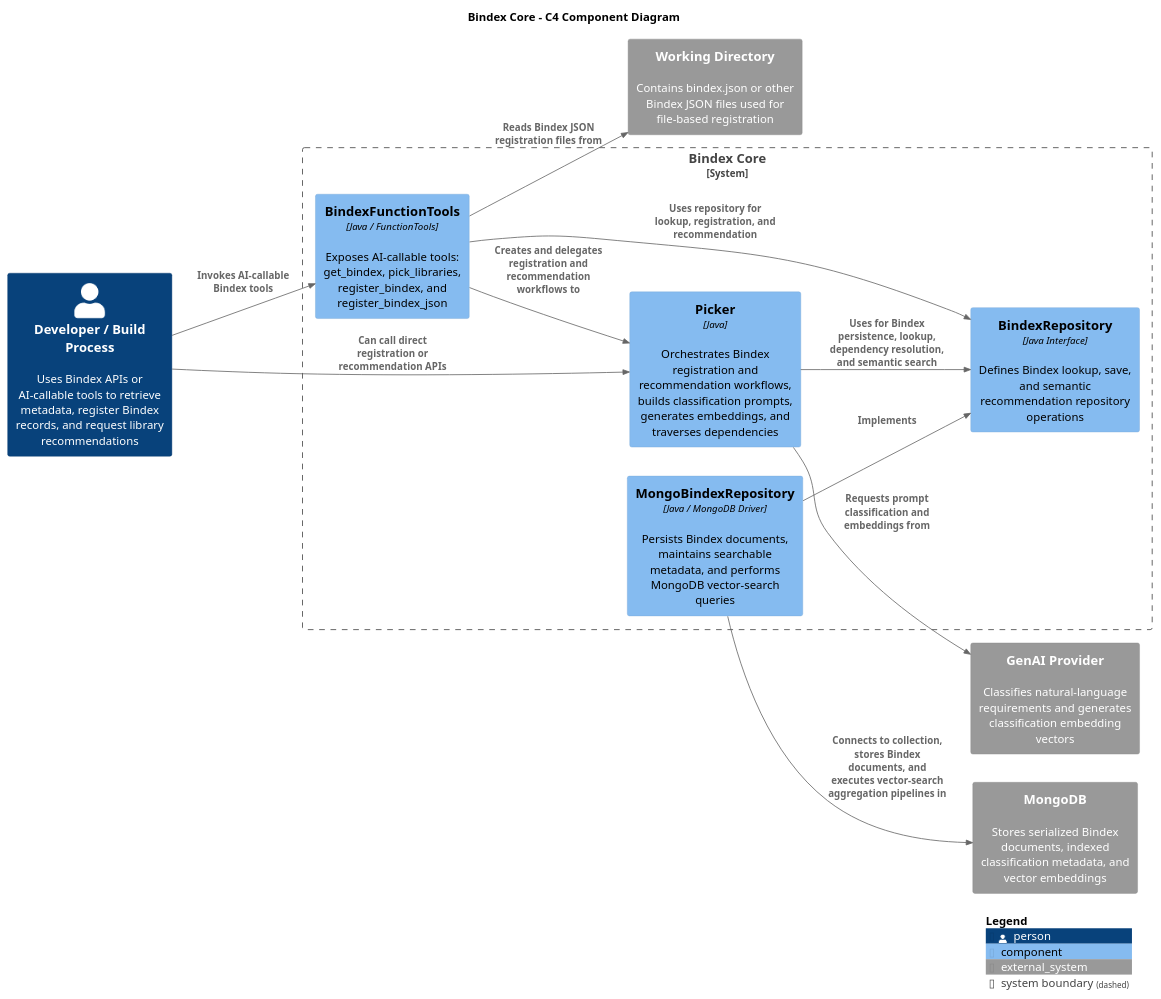
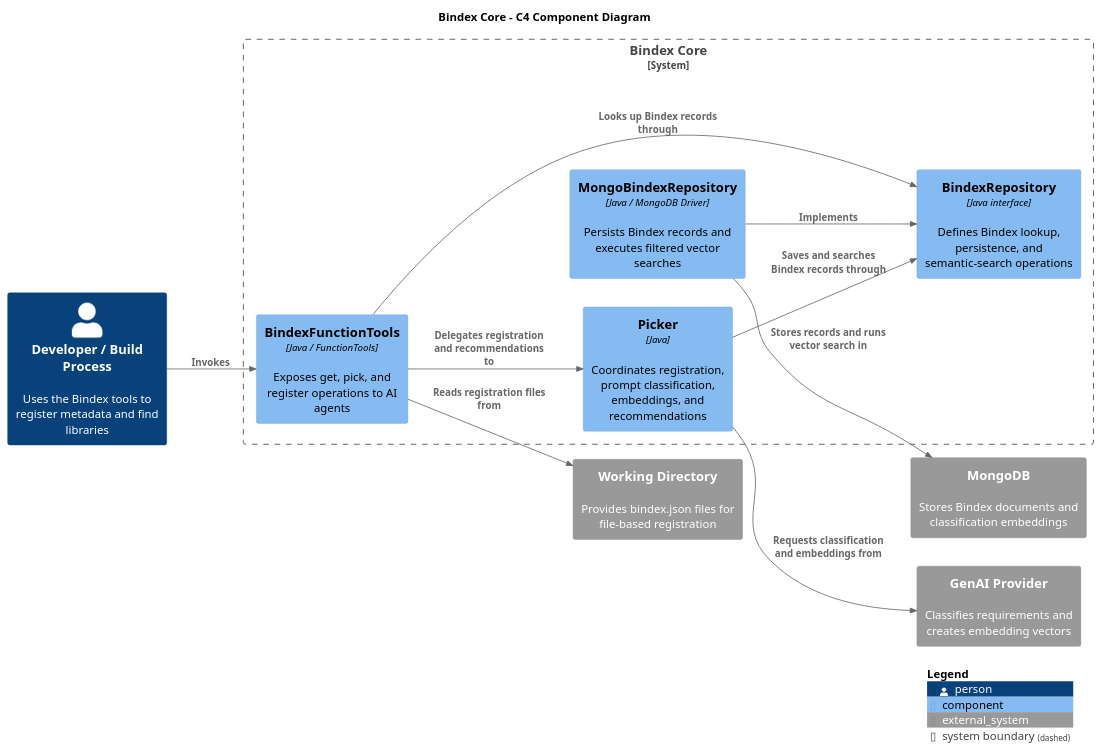
Before and after one commit to machanism-org/machai: the diagram in bindex-core/src/site/puml/c4-diagram.puml, drawn with PlantUML. The commit also changed 79 other files, not shown here.

```diff
--- a/bindex-core/src/site/puml/c4-diagram.puml
+++ b/bindex-core/src/site/puml/c4-diagram.puml
@@ -10,33 +10,30 @@
 @startuml
 !includeurl https://raw.githubusercontent.com/plantuml-stdlib/C4-PlantUML/master/C4_Component.puml
 
 LAYOUT_LEFT_RIGHT()
 
 title Bindex Core - C4 Component Diagram
 
-Person(user, "Developer / Build Process", "Uses Bindex APIs or AI-callable tools to retrieve metadata, register Bindex records, and request library recommendations")
-System_Ext(fileSystem, "Working Directory", "Contains bindex.json or other Bindex JSON files used for file-based registration")
-System_Ext(genaiProvider, "GenAI Provider", "Classifies natural-language requirements and generates classification embedding vectors")
-System_Ext(mongodb, "MongoDB", "Stores serialized Bindex documents, indexed classification metadata, and vector embeddings")
+Person(user, "Developer / Build Process", "Uses the Bindex tools to register metadata and find libraries")
+System_Ext(fileSystem, "Working Directory", "Provides bindex.json files for file-based registration")
+System_Ext(genaiProvider, "GenAI Provider", "Classifies requirements and creates embedding vectors")
+System_Ext(mongodb, "MongoDB", "Stores Bindex documents and classification embeddings")
 
 System_Boundary(bindexCore, "Bindex Core") {
-  Component(bindexFunctionTools, "BindexFunctionTools", "Java / FunctionTools", "Exposes AI-callable tools: get_bindex, pick_libraries, register_bindex, and register_bindex_json")
-  Component(picker, "Picker", "Java", "Orchestrates Bindex registration and recommendation workflows, builds classification prompts, generates embeddings, and traverses dependencies")
-  Component(repositoryInterface, "BindexRepository", "Java Interface", "Defines Bindex lookup, save, and semantic recommendation repository operations")
-  Component(mongoRepository, "MongoBindexRepository", "Java / MongoDB Driver", "Persists Bindex documents, maintains searchable metadata, and performs MongoDB vector-search queries")
+  Component(bindexFunctionTools, "BindexFunctionTools", "Java / FunctionTools", "Exposes get, pick, and register operations to AI agents")
+  Component(picker, "Picker", "Java", "Coordinates registration, prompt classification, embeddings, and recommendations")
+  Component(repositoryInterface, "BindexRepository", "Java interface", "Defines Bindex lookup, persistence, and semantic-search operations")
+  Component(mongoRepository, "MongoBindexRepository", "Java / MongoDB Driver", "Persists Bindex records and executes filtered vector searches")
 }
 
-Rel(user, bindexFunctionTools, "Invokes AI-callable Bindex tools")
-Rel(user, picker, "Can call direct registration or recommendation APIs")
-
-Rel(bindexFunctionTools, fileSystem, "Reads Bindex JSON registration files from")
-Rel(bindexFunctionTools, picker, "Creates and delegates registration and recommendation workflows to")
-Rel(bindexFunctionTools, repositoryInterface, "Uses repository for lookup, registration, and recommendation")
-
-Rel(picker, genaiProvider, "Requests prompt classification and embeddings from")
-Rel(picker, repositoryInterface, "Uses for Bindex persistence, lookup, dependency resolution, and semantic search")
+Rel(user, bindexFunctionTools, "Invokes")
+Rel(bindexFunctionTools, fileSystem, "Reads registration files from")
+Rel(bindexFunctionTools, picker, "Delegates registration and recommendations to")
+Rel(bindexFunctionTools, repositoryInterface, "Looks up Bindex records through")
+Rel(picker, genaiProvider, "Requests classification and embeddings from")
+Rel(picker, repositoryInterface, "Saves and searches Bindex records through")
 Rel(mongoRepository, repositoryInterface, "Implements")
-Rel(mongoRepository, mongodb, "Connects to collection, stores Bindex documents, and executes vector-search aggregation pipelines in")
+Rel(mongoRepository, mongodb, "Stores records and runs vector search in")
 
 SHOW_LEGEND()
 @enduml
```
